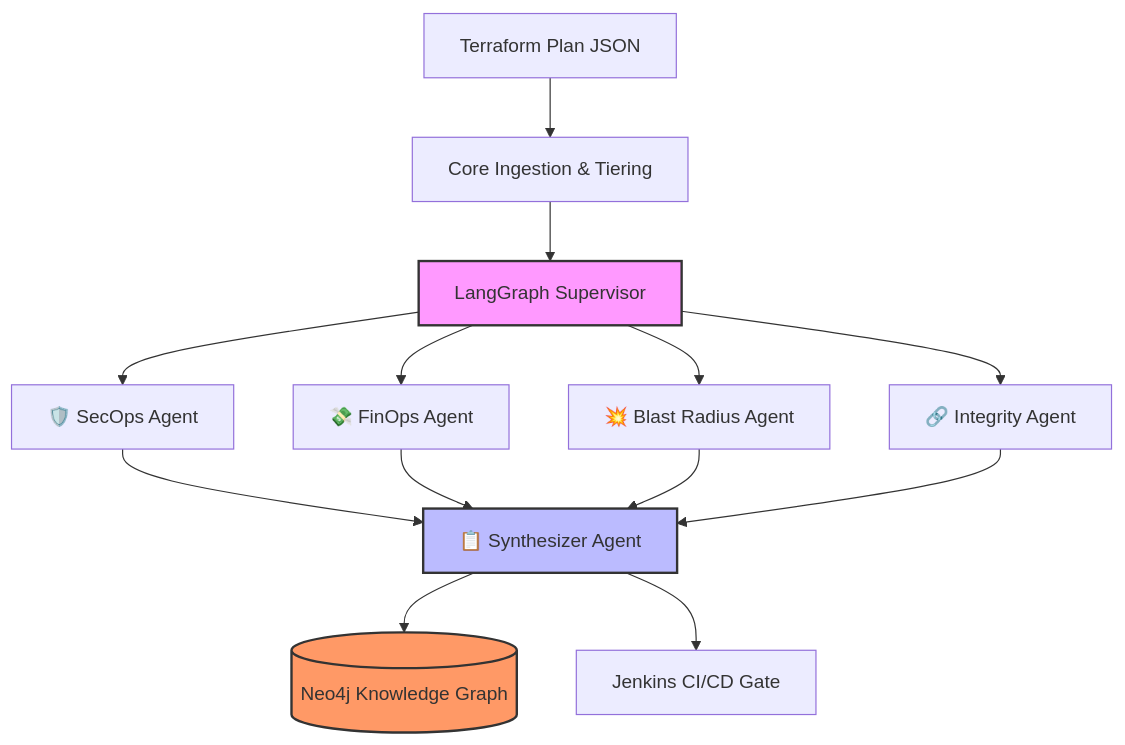
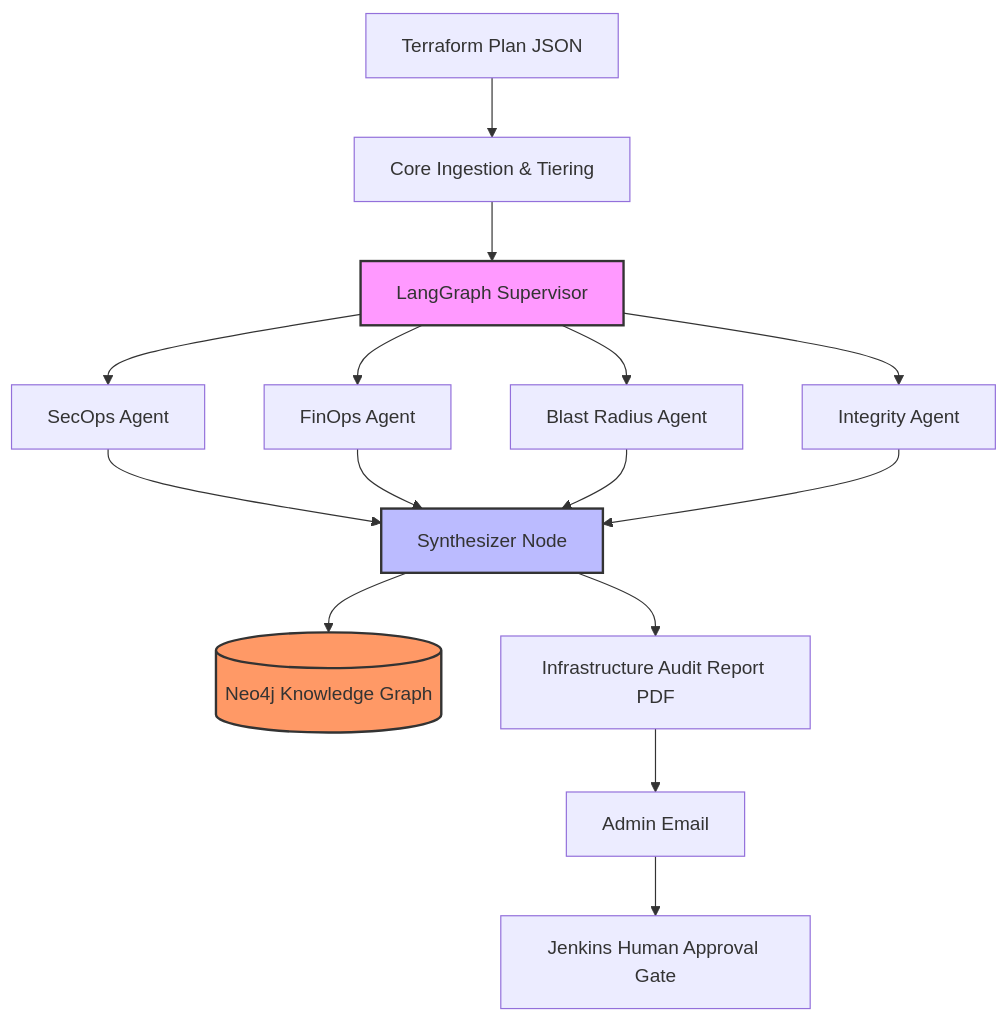
The diagram in agents/README.md (Mayank11104/aws-infra-platform), drawn with Mermaid before and after one commit. The commit also changed other lines of this file and 1 other file, not shown here.

````diff
--- a/agents/README.md
+++ b/agents/README.md
@@ -24,22 +21,24 @@
 ```mermaid
 graph TD
     TF[Terraform Plan JSON] --> Ingest[Core Ingestion & Tiering]
     Ingest --> Sup[LangGraph Supervisor]
-    
-    Sup --> Sec[🛡️ SecOps Agent]
-    Sup --> Fin[💸 FinOps Agent]
-    Sup --> Blast[💥 Blast Radius Agent]
-    Sup --> Int[🔗 Integrity Agent]
-    
-    Sec --> Synth[📋 Synthesizer Agent]
+
+    Sup --> Sec[SecOps Agent]
+    Sup --> Fin[FinOps Agent]
+    Sup --> Blast[Blast Radius Agent]
+    Sup --> Int[Integrity Agent]
+
+    Sec --> Synth[Synthesizer Node]
     Fin --> Synth
     Blast --> Synth
     Int --> Synth
-    
+
     Synth --> Neo4j[(Neo4j Knowledge Graph)]
-    Synth --> Jenkins[Jenkins CI/CD Gate]
-    
+    Synth --> PDF[Infrastructure Audit Report PDF]
+    PDF --> Email[Admin Email]
+    Email --> Jenkins[Jenkins Human Approval Gate]
+
     style Sup fill:#f9f,stroke:#333,stroke-width:2px
     style Synth fill:#bbf,stroke:#333,stroke-width:2px
     style Neo4j fill:#f96,stroke:#333,stroke-width:2px
 ```
````
